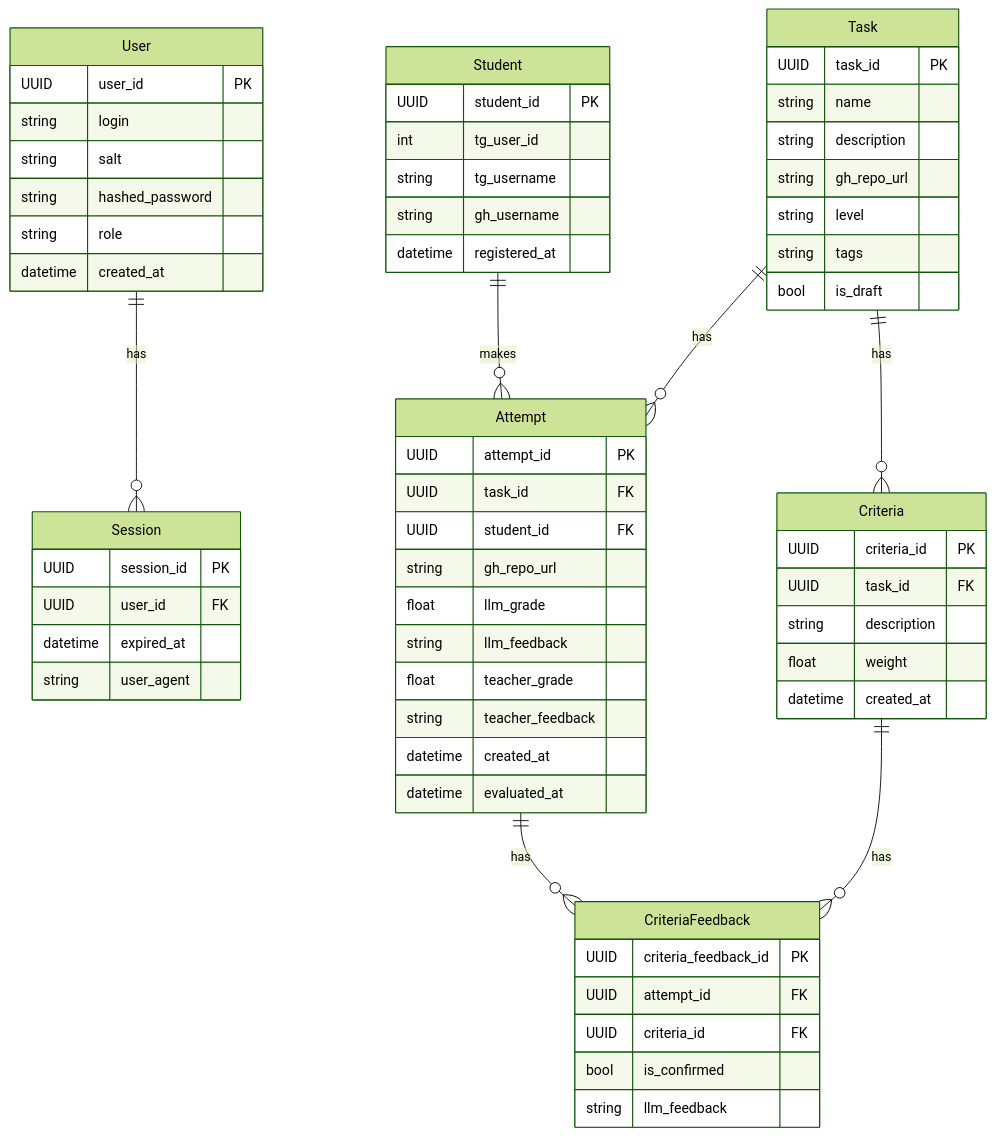
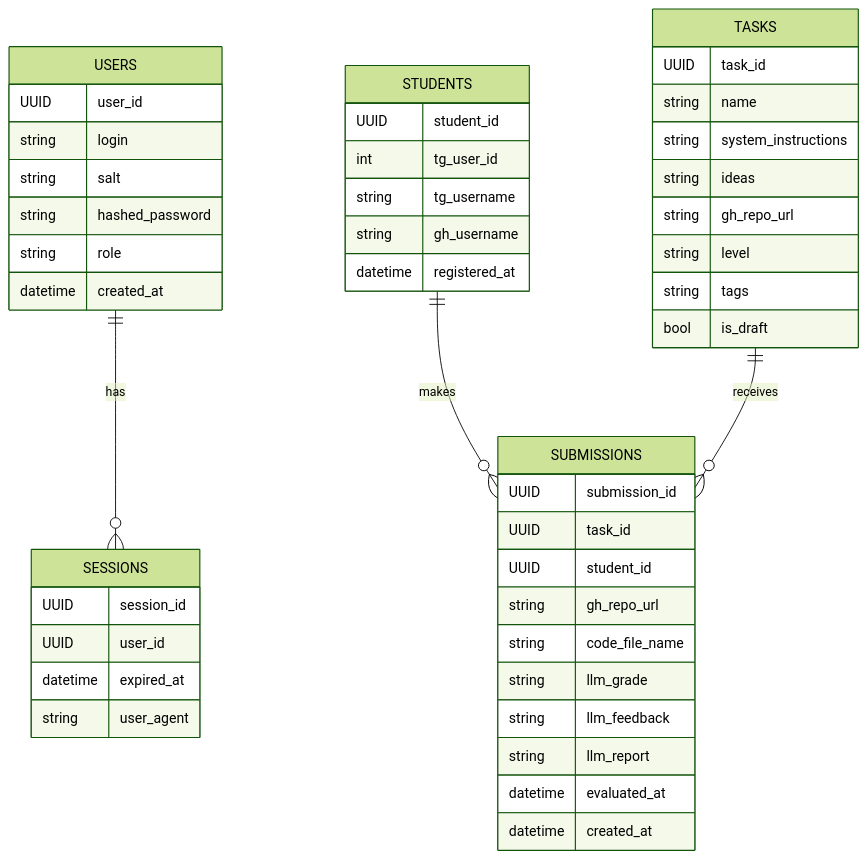
Before and after one commit to LLM-Grading-System/Platform-Backend: the diagram in README.md, drawn with Mermaid (forest theme). The commit also changed other lines of this file, not shown here.

Commit message:
update instructions and data model

````diff
--- a/README.md
+++ b/README.md
@@ -4,73 +4,54 @@
 ```mermaid
 erDiagram
-    User {
-        UUID user_id PK
+    USERS {
+        UUID user_id
         string login
         string salt
         string hashed_password
         string role
         datetime created_at
     }
 
-    Session {
-        UUID session_id PK
-        UUID user_id FK
+    SESSIONS {
+        UUID session_id
+        UUID user_id
         datetime expired_at
         string user_agent
     }
 
-    Student {
-        UUID student_id PK
+    STUDENTS {
+        UUID student_id
         int tg_user_id
         string tg_username
         string gh_username
         datetime registered_at
     }
 
-    Task {
-        UUID task_id PK
+    TASKS {
+        UUID task_id
         string name
-        string description
+        string system_instructions
+        string ideas
         string gh_repo_url
         string level
         string tags
         bool is_draft
     }
 
-    Criteria {
-        UUID criteria_id PK
-        UUID task_id FK
-        string description
-        float weight
+    SUBMISSIONS {
+        UUID submission_id
+        UUID task_id
+        UUID student_id
+        string gh_repo_url
+        string code_file_name
+        string llm_grade
+        string llm_feedback
+        string llm_report
+        datetime evaluated_at
         datetime created_at
     }
 
-    Attempt {
-        UUID attempt_id PK
-        UUID task_id FK
-        UUID student_id FK
-        string gh_repo_url
-        float llm_grade
-        string llm_feedback
-        float teacher_grade
-        string teacher_feedback
-        datetime created_at
-        datetime evaluated_at
-    }
-
-    CriteriaFeedback {
-        UUID criteria_feedback_id PK
-        UUID attempt_id FK
-        UUID criteria_id FK
-        bool is_confirmed
-        string llm_feedback
-    }
-
-    %% Relationships
-    User ||--o{ Session : has
-    Student ||--o{ Attempt : makes
-    Task ||--o{ Criteria : has
-    Task ||--o{ Attempt : has
-    Attempt ||--o{ CriteriaFeedback : has
-    Criteria ||--o{ CriteriaFeedback : has
+    USERS ||--o{ SESSIONS : has
+    STUDENTS ||--o{ SUBMISSIONS : makes
+    TASKS ||--o{ SUBMISSIONS : receives
 ```
````
